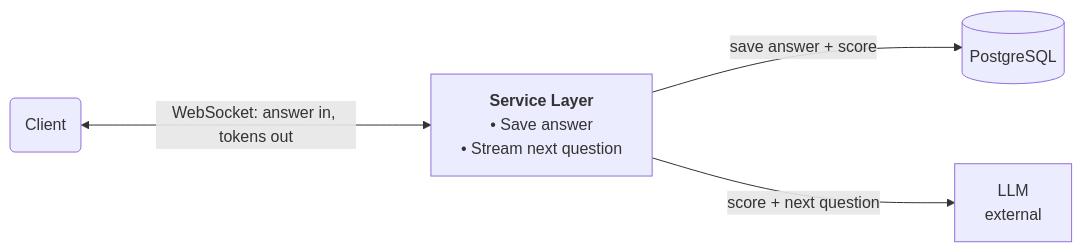
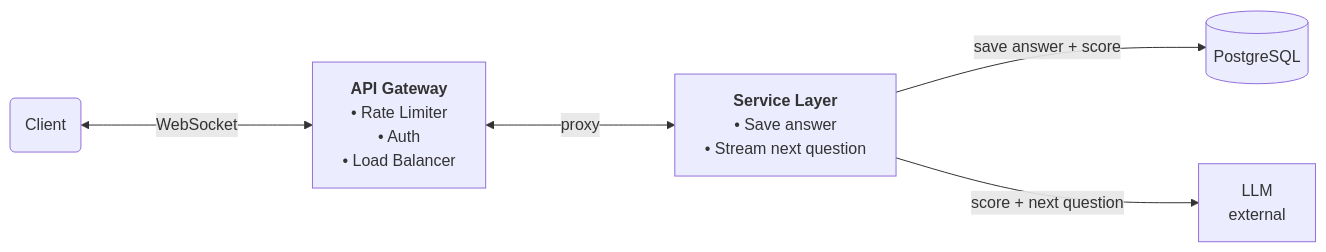
One commit to shivam-tamboli/GrillMyProject changed the second of 4 diagrams in SYSTEM_DESIGN.md. Above: the diagram before and after it, drawn with Mermaid. The commit also changed other lines of this file, not shown here.

Commit message:
fix remaining gaps — phases, diagrams, jwt, redis ttl, prompt injection clarification

````diff
--- a/SYSTEM_DESIGN.md
+++ b/SYSTEM_DESIGN.md
@@ -253,12 +261,14 @@
 ```mermaid
 %%{init: {'flowchart': {'nodeSpacing': 80, 'rankSpacing': 150}}}%%
 flowchart LR
     Client(Client)
+    GW["<b>API Gateway</b><br/>• Rate Limiter<br/>• Auth<br/>• Load Balancer"]
     SVC["<b>Service Layer</b><br/>• Save answer<br/>• Stream next question"]
     PG[(PostgreSQL)]
     LLM["LLM<br/>external"]
 
-    Client <-->|WebSocket: answer in, tokens out| SVC
+    Client <-->|WebSocket| GW
+    GW <-->|proxy| SVC
     SVC -->|save answer + score| PG
     SVC -->|score + next question| LLM
 ```
````
